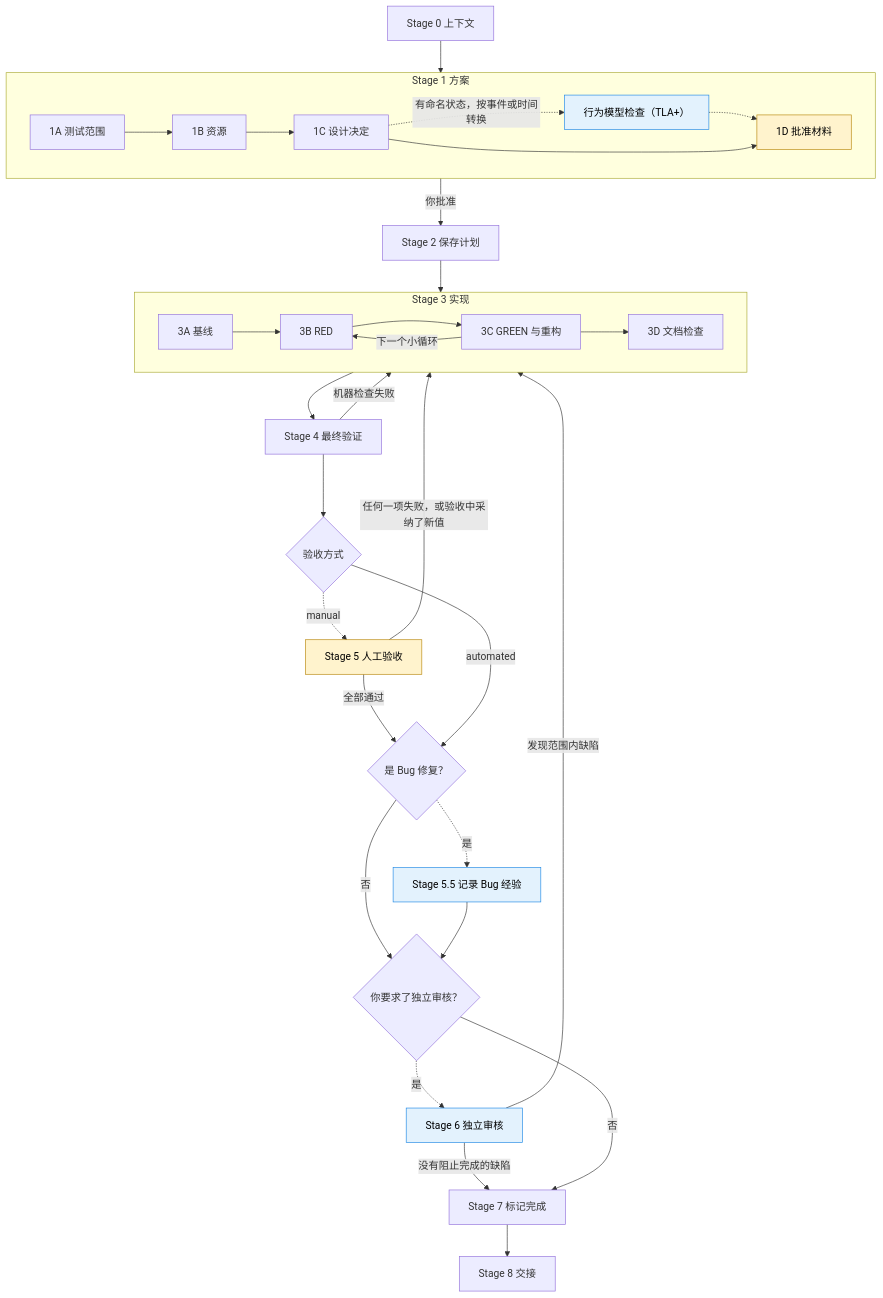
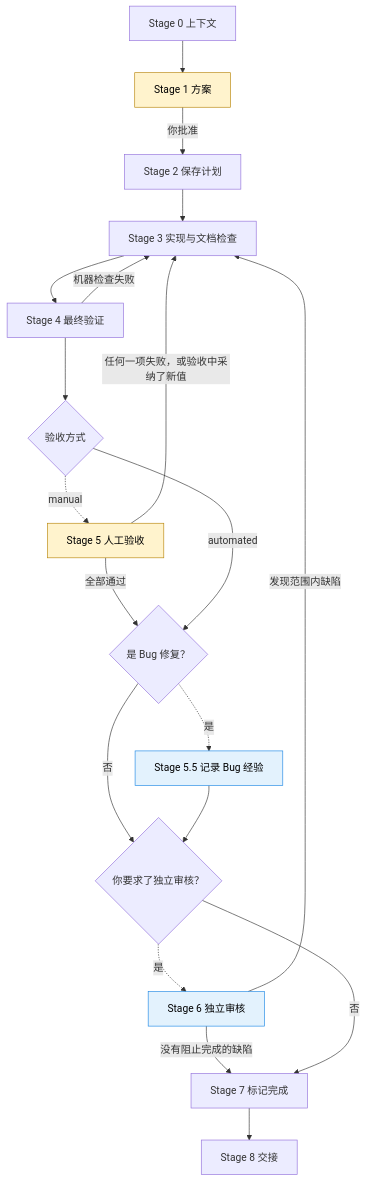
Before and after one commit to yxy823/Game_idle_yaya_frame: the first of 4 diagrams in framework/godot-project-manual/requirements-and-tasks/feature-lifecycle.md, drawn with Mermaid. The commit also changed other lines of this file, not shown here.

Commit message:
docs(manual): Feature 执行阶段改成一张总览图加 Stage 1、Stage 3 两张子步骤小图
框内横排的写法让 Stage 1 和 Stage 3 错成台阶，回到 Stage 3 的线很长。总览图恢复每个 Stage 一个节点，子步骤各用一张横向小图。

````diff
--- a/framework/godot-project-manual/requirements-and-tasks/feature-lifecycle.md
+++ b/framework/godot-project-manual/requirements-and-tasks/feature-lifecycle.md
@@ -45,43 +45,28 @@
 ```mermaid
 flowchart TD
-    s0["Stage 0 上下文"] --> s1a
-    subgraph s1["Stage 1 方案"]
-        direction LR
-        s1a["1A 测试范围"] --> s1b["1B 资源"]
-        s1b --> s1c["1C 设计决定"]
-        s1c -.->|有命名状态，按事件或时间转换| model["行为模型检查（TLA+）"]
-        model -.-> s1d
-        s1c --> s1d["1D 批准材料"]
-    end
-    s1d -->|你批准| s2["Stage 2 保存计划"]
-    s2 --> s3a
-    subgraph s3["Stage 3 实现"]
-        direction LR
-        s3a["3A 基线"] --> s3b["3B RED"]
-        s3b --> s3c["3C GREEN 与重构"]
-        s3c -->|下一个小循环| s3b
-        s3c --> s3d["3D 文档检查"]
-    end
-    s3d --> s4["Stage 4 最终验证"]
+    s0["Stage 0 上下文"] --> s1["Stage 1 方案"]
+    s1 -->|你批准| s2["Stage 2 保存计划"]
+    s2 --> s3["Stage 3 实现与文档检查"]
+    s3 --> s4["Stage 4 最终验证"]
     s4 -->|机器检查失败| s3
     s4 --> mode{"验收方式"}
     mode -.->|manual| s5["Stage 5 人工验收"]
     s5 -->|任何一项失败，或验收中采纳了新值| s3
     bug{"是 Bug 修复？"}
     s5 -->|全部通过| bug
     mode -->|automated| bug
     bug -.->|是| s55["Stage 5.5 记录 Bug 经验"]
     review{"你要求了独立审核？"}
     bug -->|否| review
     s55 --> review
     review -.->|是| s6["Stage 6 独立审核"]
     s6 -->|发现范围内缺陷| s3
     s7["Stage 7 标记完成"]
     s6 -->|没有阻止完成的缺陷| s7
     review -->|否| s7
     s7 --> s8["Stage 8 交接"]
     classDef stop fill:#fff3cd,stroke:#b8860b,color:#000
     classDef optional fill:#e3f2fd,stroke:#1e88e5,color:#000
-    class s1d,s5 stop
-    class model,s55,s6 optional
+    class s1,s5 stop
+    class s55,s6 optional
 ```
````
